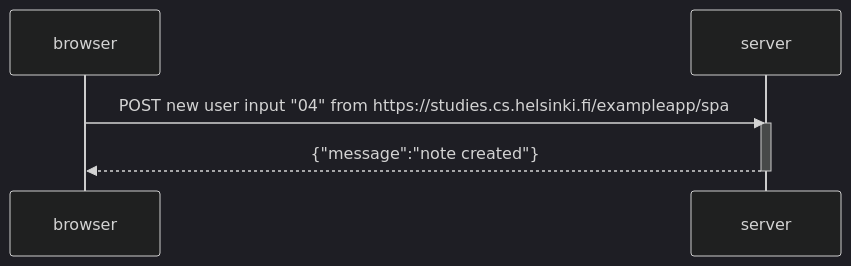
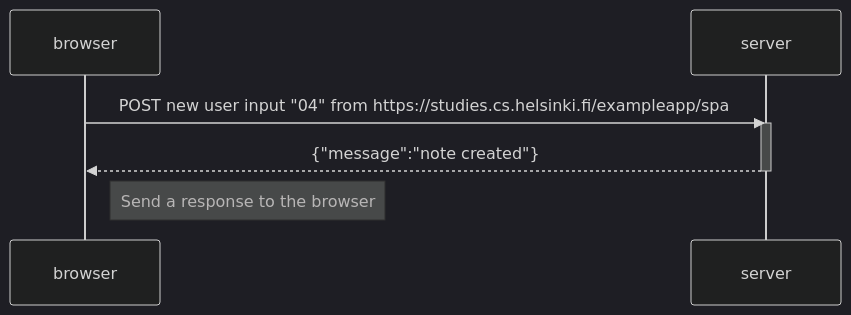
One commit to SayanoSong/CSI4103-Lab2 changed the diagram in part0/ex06.md. Above: the diagram before and after it, drawn with Mermaid (dark theme).

````diff
--- a/part0/ex06.md
+++ b/part0/ex06.md
@@ -1,10 +1,12 @@
 ```mermaid
 sequenceDiagram
     participant browser
     participant server
     
     browser->>server: POST new user input "04" from https://studies.cs.helsinki.fi/exampleapp/spa
     activate server
     server-->>browser: {"message":"note created"}
     deactivate server
+
+    Note right of browser: Send a response to the browser
 ```
````
